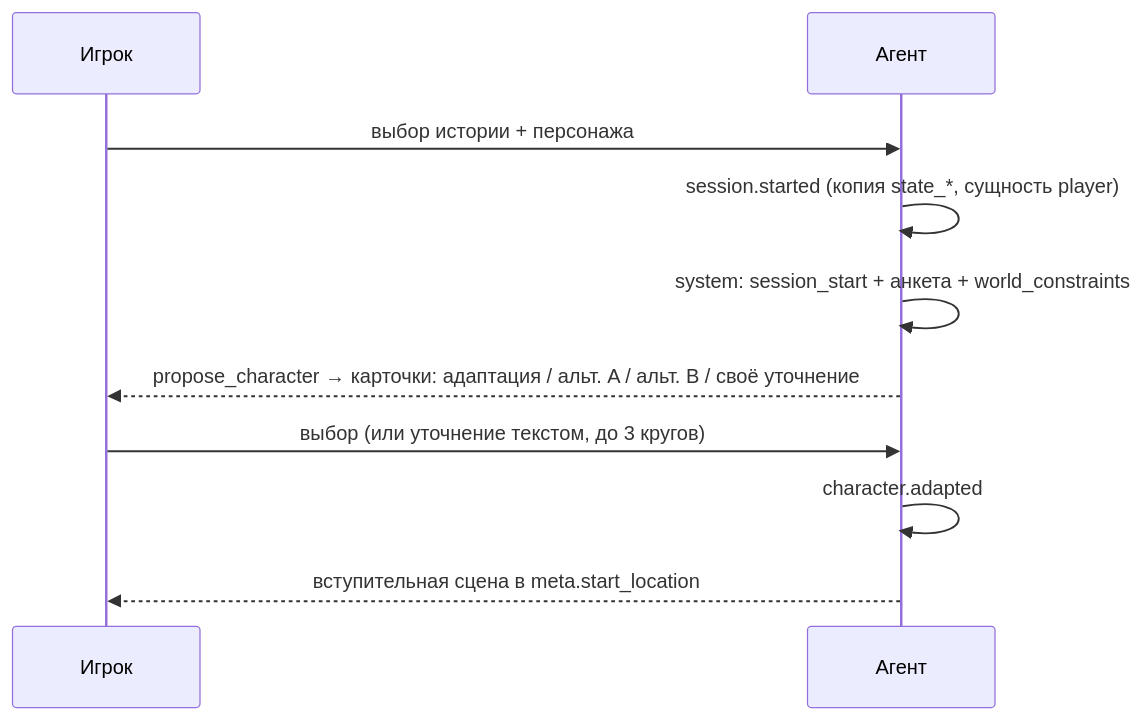
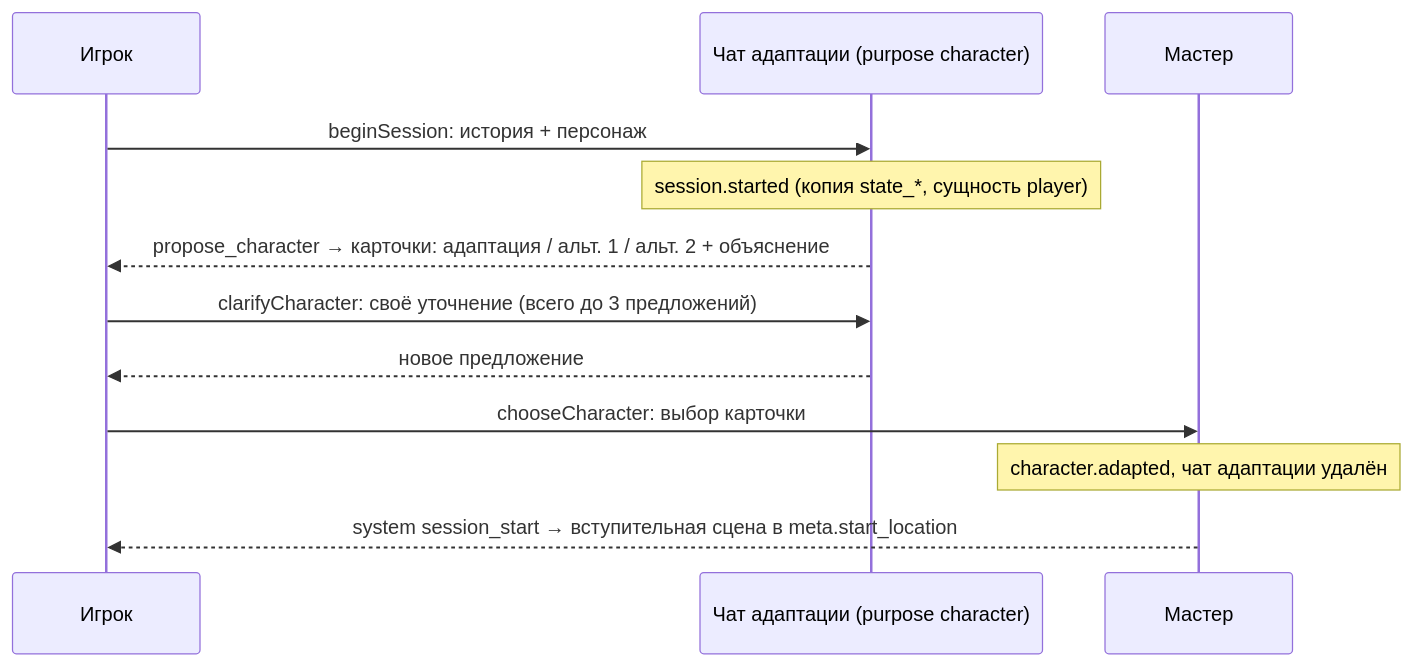
One commit to Bataevk/QuipQuill changed the second of 2 diagrams in docs/architecture/agent.md. Above: the diagram before and after it, drawn with Mermaid. The commit also changed other lines of this file and 12 other files, not shown here.

````diff
--- a/docs/architecture/agent.md
+++ b/docs/architecture/agent.md
@@ -112,12 +113,14 @@
 ```mermaid
 sequenceDiagram
   participant P as Игрок
-  participant A as Агент
-  P->>A: выбор истории + персонажа
-  A->>A: session.started (копия state_*, сущность player)
-  A->>A: system: session_start + анкета + world_constraints
-  A-->>P: propose_character → карточки: адаптация / альт. A / альт. B / своё уточнение
-  P->>A: выбор (или уточнение текстом, до 3 кругов)
-  A->>A: character.adapted
-  A-->>P: вступительная сцена в meta.start_location
+  participant C as Чат адаптации (purpose character)
+  participant A as Мастер
+  P->>C: beginSession: история + персонаж
+  Note over C: session.started (копия state_*, сущность player)
+  C-->>P: propose_character → карточки: адаптация / альт. 1 / альт. 2 + объяснение
+  P->>C: clarifyCharacter: своё уточнение (всего до 3 предложений)
+  C-->>P: новое предложение
+  P->>A: chooseCharacter: выбор карточки
+  Note over A: character.adapted, чат адаптации удалён
+  A-->>P: system session_start → вступительная сцена в meta.start_location
 ```
````
